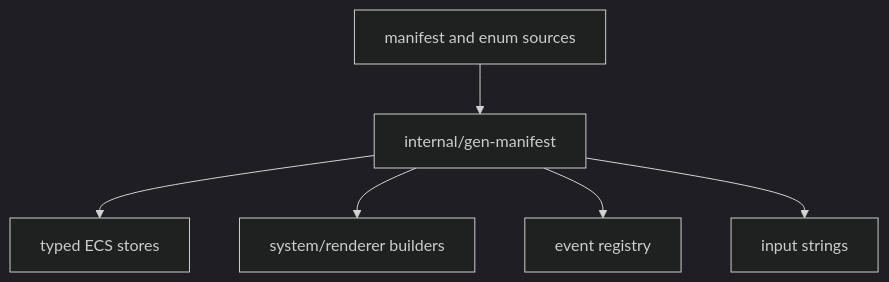
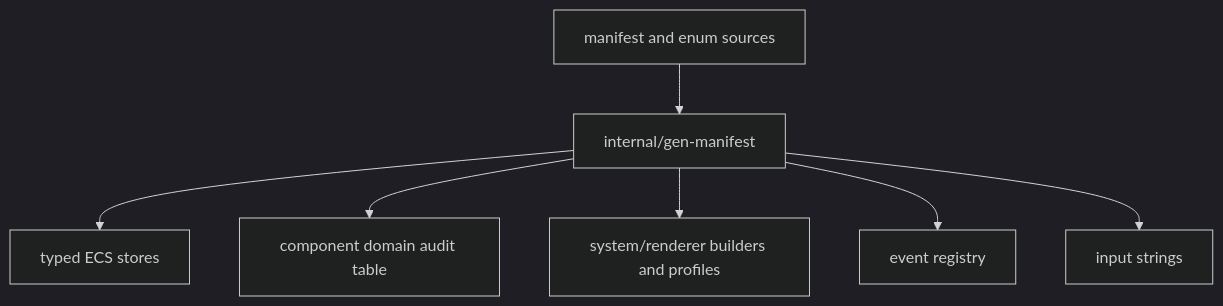
One commit to lixenwraith/vi-fighter changed the diagram in doc/development.md. Above: the diagram before and after it, drawn with Mermaid (dark theme). The commit also changed other lines of this file and 7 other files, not shown here.

````diff
--- a/doc/development.md
+++ b/doc/development.md
@@ -69,8 +70,9 @@
 ```mermaid
 flowchart TD
     Definition["manifest and enum sources"] --> Generator["internal/gen-manifest"]
     Generator --> Stores["typed ECS stores"]
-    Generator --> Builders["system/renderer builders"]
+    Generator --> Domains["component domain audit table"]
+    Generator --> Builders["system/renderer builders and profiles"]
     Generator --> Registry["event registry"]
     Generator --> Strings["input strings"]
 ```
````
